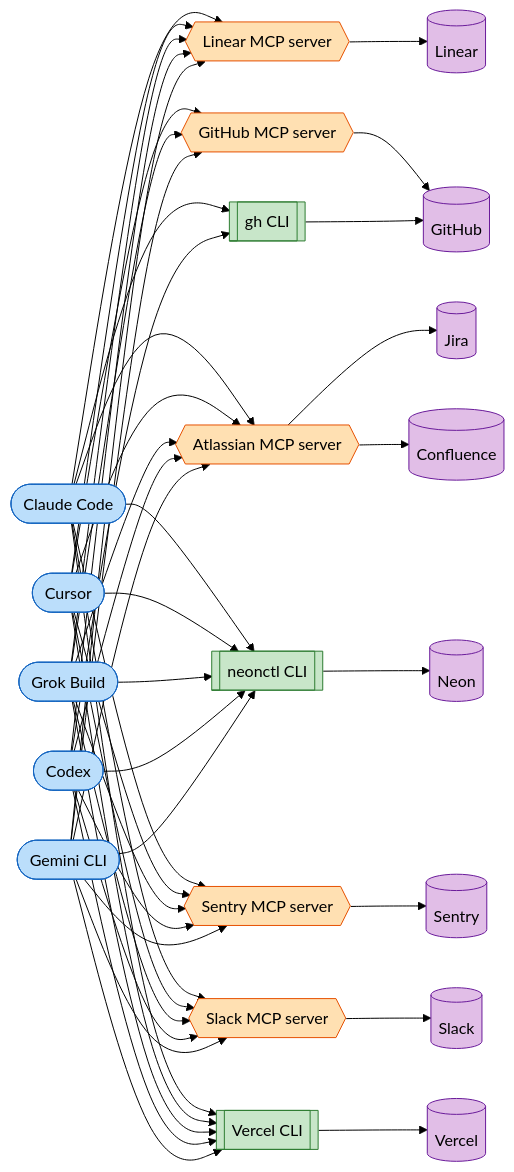
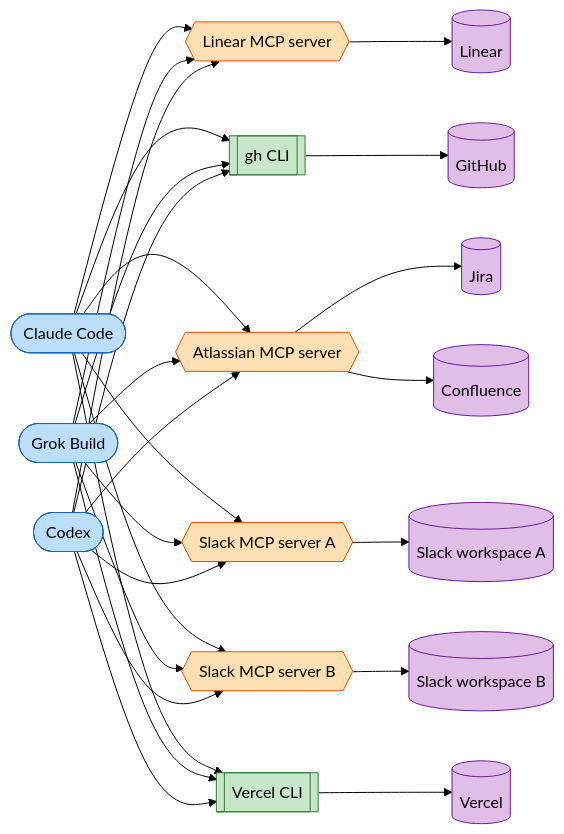
One commit to alephic-ai/foac changed the first of 2 diagrams in README.md. Above: the diagram before and after it, drawn with Mermaid (forest theme). The commit also changed other lines of this file and 19 other files, not shown here.

````diff
--- a/README.md
+++ b/README.md
@@ -19,24 +19,20 @@
 ```mermaid
 graph LR
-    CC([Claude Code]) --> LMCP & GHCLI & AMCP & NCLI & SMCP & SLMCP & VCLI
-    CU([Cursor]) --> LMCP & GHMCP & AMCP & NCLI & SMCP & SLMCP & VCLI
-    GRK([Grok Build]) --> LMCP & GHMCP & AMCP & NCLI & SMCP & SLMCP & VCLI
-    CX([Codex]) --> LMCP & GHCLI & AMCP & NCLI & SMCP & SLMCP & VCLI
-    GEM([Gemini CLI]) --> LMCP & GHMCP & AMCP & NCLI & SMCP & SLMCP & VCLI
+    CC([Claude Code]) --> LMCP & GHCLI & AMCP & SLMCPA & SLMCPB & VCLI
+    GRK([Grok Build]) --> LMCP & GHCLI & AMCP & SLMCPA & SLMCPB & VCLI
+    CX([Codex]) --> LMCP & GHCLI & AMCP & SLMCPA & SLMCPB & VCLI
     LMCP{{Linear MCP server}} --> Linear[(Linear)]
-    GHMCP{{GitHub MCP server}} --> GitHub[(GitHub)]
-    GHCLI[[gh CLI]] --> GitHub
+    GHCLI[[gh CLI]] --> GitHub[(GitHub)]
     AMCP{{Atlassian MCP server}} --> Jira[(Jira)] & Confluence[(Confluence)]
-    NCLI[[neonctl CLI]] --> Neon[(Neon)]
-    SMCP{{Sentry MCP server}} --> Sentry[(Sentry)]
-    SLMCP{{Slack MCP server}} --> Slack[(Slack)]
+    SLMCPA{{Slack MCP server A}} --> SlackA[(Slack workspace A)]
+    SLMCPB{{Slack MCP server B}} --> SlackB[(Slack workspace B)]
     VCLI[[Vercel CLI]] --> Vercel[(Vercel)]
     classDef harness fill:#bbdefb,stroke:#1565c0,color:#000
     classDef mcp fill:#ffe0b2,stroke:#e65100,color:#000
     classDef cli fill:#c8e6c9,stroke:#2e7d32,color:#000
     classDef provider fill:#e1bee7,stroke:#6a1b9a,color:#000
-    class CC,CU,GRK,CX,GEM harness
-    class LMCP,GHMCP,AMCP,SMCP,SLMCP mcp
-    class GHCLI,NCLI,VCLI cli
-    class Linear,GitHub,Jira,Confluence,Neon,Sentry,Slack,Vercel provider
+    class CC,GRK,CX harness
+    class LMCP,AMCP,SLMCPA,SLMCPB mcp
+    class GHCLI,VCLI cli
+    class Linear,GitHub,Jira,Confluence,SlackA,SlackB,Vercel provider
 ```
````
